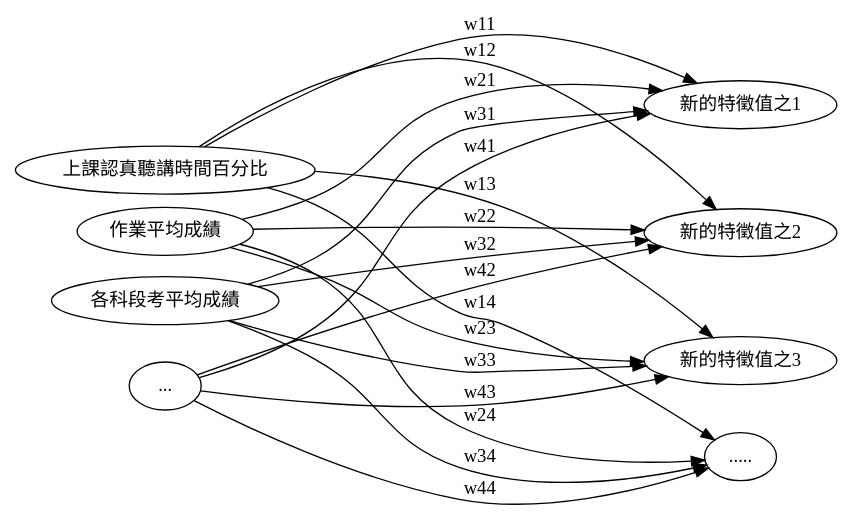
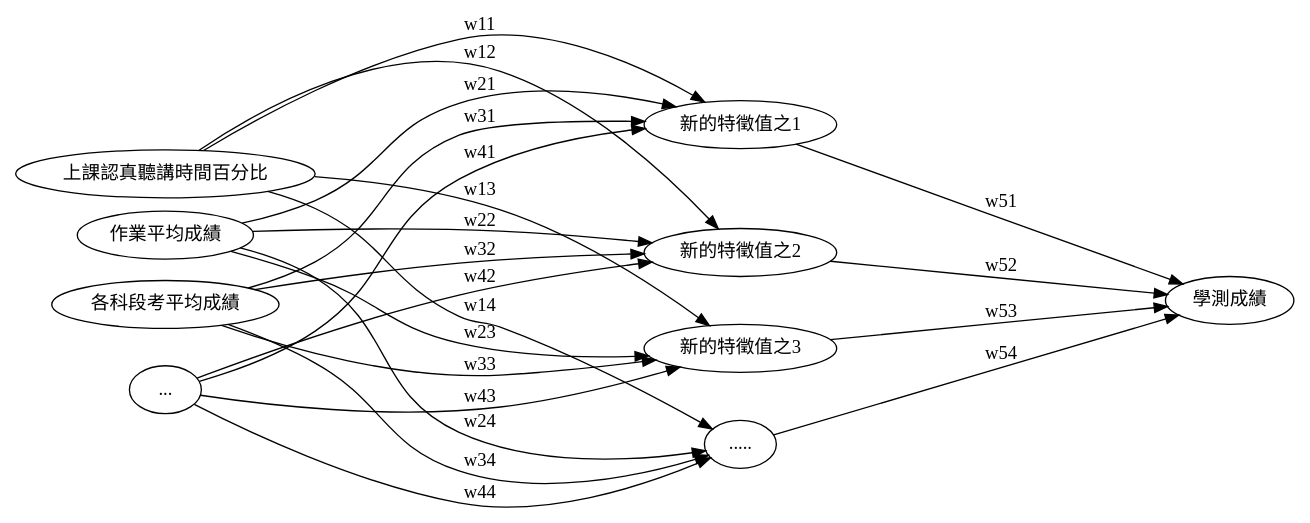
Before and after one commit to letranger/AI: the sixth of 7 diagrams in 20221025104603-神經網路.org, drawn with Graphviz. The commit also changed other lines of this file and 74 other files, not shown here.

```diff
--- a/20221025104603-神經網路.org
+++ b/20221025104603-神經網路.org
@@ -631,19 +642,24 @@
 #+BEGIN_SRC dot :file images/exam-Network3.png :cmdline -Kdot -Tpng
 digraph exam3 {
     rankdir=LR;
     nodesep=.05;
     graph[ranksep="3"]
     x4[label = "..."];
     x1[label = "上課認真聽講時間百分比"];
     x2[label = "作業平均成績"];
     x3[label = "各科段考平均成績"];
     o1[label = "新的特徵值之2"];
     o2[label = "新的特徵值之3"];
     o4[label = "....."];
     o3[label = "新的特徵值之1"];
+    output[label = "學測成績"];
     x1 -> o3[label = w11]; x1-> o1[label = w12]; x1 -> o2[label = w13]; x1 -> o4[label = w14];
     x2 -> o3[label = w21]; x2-> o1[label = w22]; x2 -> o2[label = w23]; x2 -> o4[label = w24];
     x3 -> o3[label = w31]; x3-> o1[label = w32]; x3 -> o2[label = w33]; x3 -> o4[label = w34];
     x4 -> o3[label = w41]; x4-> o1[label = w42]; x4 -> o2[label = w43]; x4 -> o4[label = w44];
+    o3 -> output[label = w51];
+    o1 -> output[label = w52];
+    o2 -> output[label = w53];
+    o4 -> output[label = w54];
 }
 #+END_SRC
```
